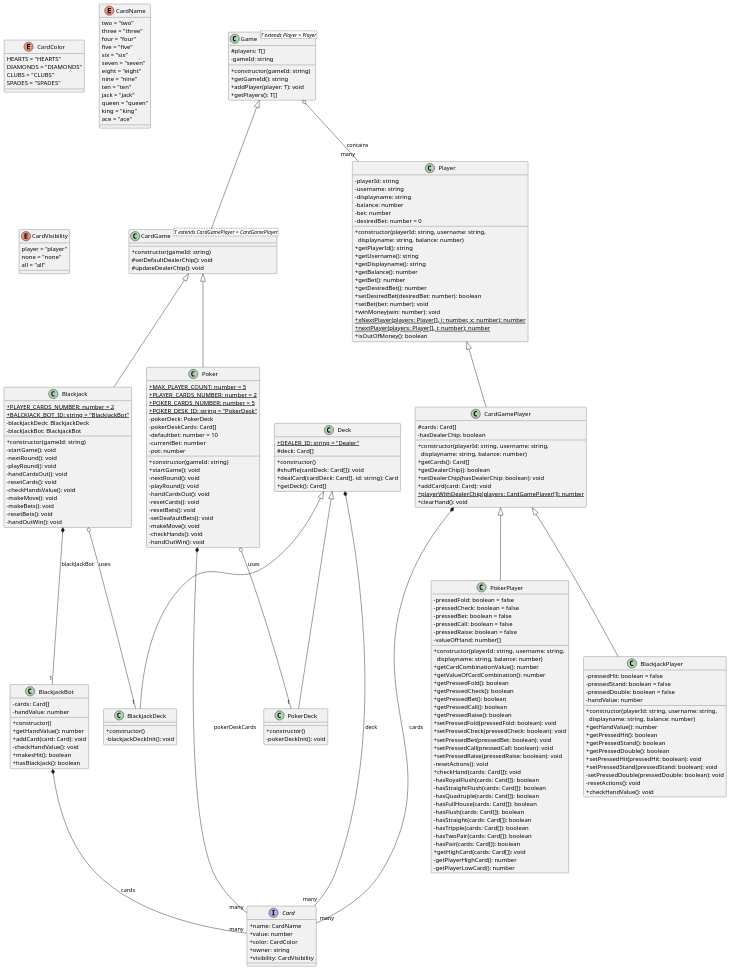
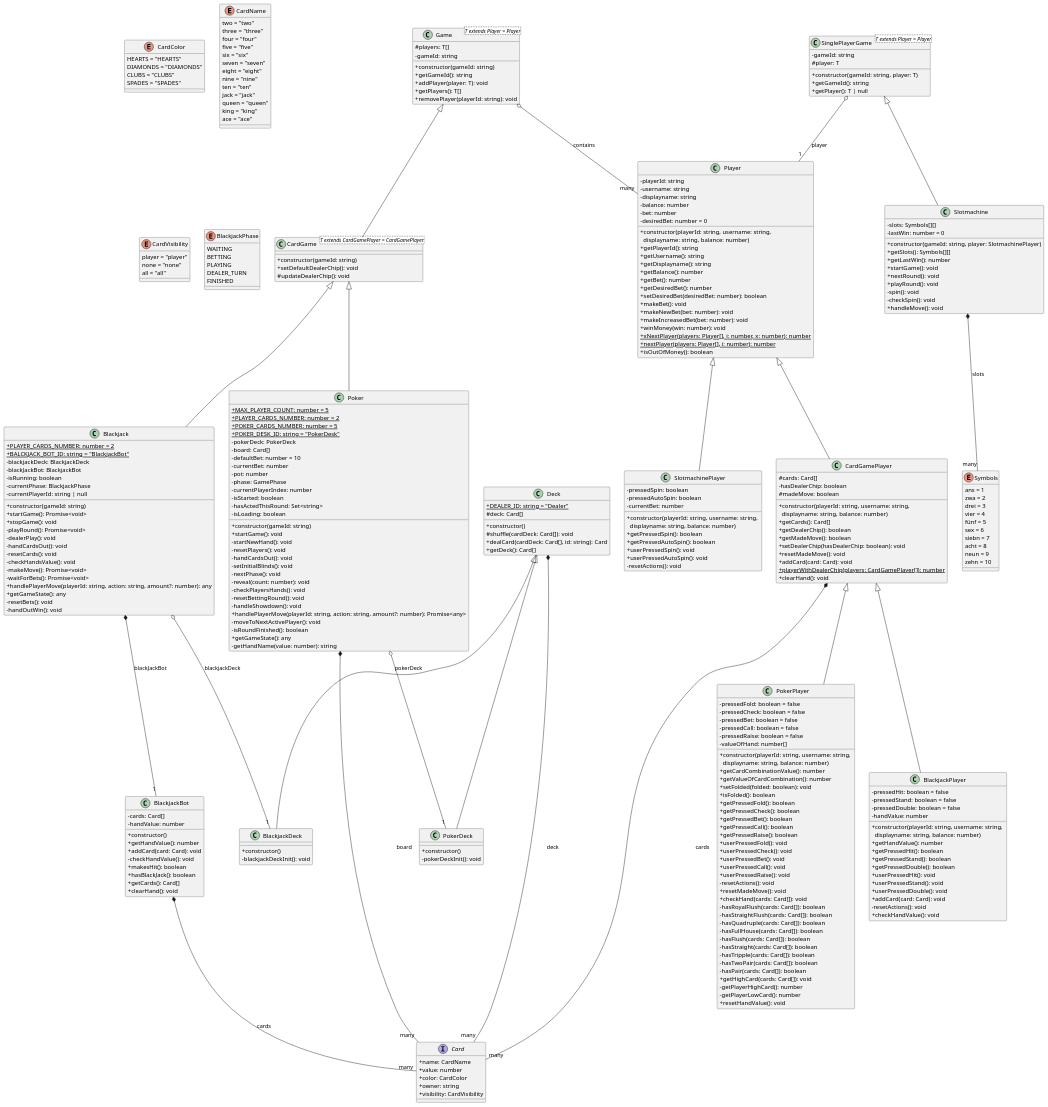
One commit to FelixZannantoni/OnlineCasino changed the diagram in backend/src/gameLogic/classdiagram.puml. Above: the diagram before and after it, drawn with PlantUML. The commit also changed 1 other file, not shown here.

Commit message:
updated classdiagram

```diff
--- a/backend/src/gameLogic/classdiagram.puml
+++ b/backend/src/gameLogic/classdiagram.puml
@@ -39,6 +39,27 @@
   all = "all"
 }
 
+enum Symbols {
+    ans = 1
+    zwa = 2
+    drei = 3
+    vier = 4
+    fünf = 5
+    sex = 6
+    siebn = 7
+    acht = 8
+    neun = 9
+    zehn = 10
+}
+
+enum BlackjackPhase {
+    WAITING
+    BETTING
+    PLAYING
+    DEALER_TURN
+    FINISHED
+}
+
 ' Classes
 class Game<T extends Player = Player> {
   #players: T[]
@@ -47,11 +68,20 @@
   +getGameId(): string
   +addPlayer(player: T): void
   +getPlayers(): T[]
+  +removePlayer(playerId: string): void
+}
+
+class SinglePlayerGame<T extends Player = Player> {
+    -gameId: string
+    #player: T
+    +constructor(gameId: string, player: T)
+    +getGameId(): string
+    +getPlayer(): T | null
 }
 
 class CardGame<T extends CardGamePlayer = CardGamePlayer> {
   +constructor(gameId: string)
-  #setDefaultDealerChip(): void
+  +setDefaultDealerChip(): void
   #updateDealerChip(): void
 }
 
@@ -61,21 +91,31 @@
   {static} +POKER_CARDS_NUMBER: number = 5
   {static} +POKER_DESK_ID: string = "PokerDesk"
   -pokerDeck: PokerDeck
-  -pokerDeskCards: Card[]
-  -defaultbet: number = 10
+  -board: Card[]
+  -defaultBet: number = 10
   -currentBet: number
   -pot: number
+  -phase: GamePhase
+  -currentPlayerIndex: number
+  -isStarted: boolean
+  -hasActedThisRound: Set<string>
+  -isLoading: boolean
   +constructor(gameId: string)
   +startGame(): void
-  -nextRound(): void
-  -playRound(): void
+  -startNewHand(): void
+  -resetPlayers(): void
   -handCardsOut(): void
-  -resetCards(): void
-  -resetBets(): void
-  -setDeafaultBets(): void
-  -makeMove(): void
-  -checkHands(): void
-  -handOutWin(): void
+  -setInitialBlinds(): void
+  -nextPhase(): void
+  -reveal(count: number): void
+  -checkPlayersHands(): void
+  -resetBettingRound(): void
+  -handleShowdown(): void
+  +handlePlayerMove(playerId: string, action: string, amount?: number): Promise<any>
+  -moveToNextActivePlayer(): void
+  -isRoundFinished(): boolean
+  +getGameState(): any
+  -getHandName(value: number): string
 }
 
 class Blackjack {
@@ -83,17 +123,37 @@
   {static} +BALCKJACK_BOT_ID: string = "BlackjackBot"
   -blackjackDeck: BlackjackDeck
   -blackJackBot: BlackjackBot
+  -isRunning: boolean
+  -currentPhase: BlackjackPhase
+  -currentPlayerId: string | null
   +constructor(gameId: string)
-  -startGame(): void
-  -nextRound(): void
-  -playRound(): void
+  +startGame(): Promise<void>
+  +stopGame(): void
+  -playRound(): Promise<void>
+  -dealerPlay(): void
   -handCardsOut(): void
   -resetCards(): void
   -checkHandsValue(): void
-  -makeMove(): void
-  -makeBets(): void
+  -makeMove(): Promise<void>
+  -waitForBets(): Promise<void>
+  +handlePlayerMove(playerId: string, action: string, amount?: number): any
+  +getGameState(): any
   -resetBets(): void
   -handOutWin(): void
+}
+
+class Slotmachine {
+    -slots: Symbols[][]
+    -lastWin: number = 0
+    +constructor(gameId: string, player: SlotmachinePlayer)
+    +getSlots(): Symbols[][]
+    +getLastWin(): number
+    +startGame(): void
+    +nextRound(): void
+    +playRound(): void
+    -spin(): void
+    -checkSpin(): void
+    +handleMove(): void
 }
 
 class BlackjackBot {
@@ -105,6 +165,8 @@
   -checkHandValue(): void
   +makesHit(): boolean
   +hasBlackJack(): boolean
+  +getCards(): Card[]
+  +clearHand(): void
 }
 
 class Player {
@@ -122,7 +184,9 @@
   +getBet(): number
   +getDesiredBet(): number
   +setDesiredBet(desiredBet: number): boolean
-  +setBet(bet: number): void
+  +makeBet(): void
+  +makeNewBet(bet: number): void
+  +makeIncreasedBet(bet: number): void
   +winMoney(win: number): void
   {static} +xNextPlayer(players: Player[], i: number, x: number): number
   {static} +nextPlayer(players: Player[], i: number): number
@@ -132,10 +196,13 @@
 class CardGamePlayer {
   #cards: Card[]
   -hasDealerChip: boolean
+  #madeMove: boolean
   +constructor(playerId: string, username: string, \n  displayname: string, balance: number)
   +getCards(): Card[]
   +getDealerChip(): boolean
+  +getMadeMove(): boolean
   +setDealerChip(hasDealerChip: boolean): void
+  +resetMadeMove(): void
   +addCard(card: Card): void
   {static} +playerWithDealerChip(players: CardGamePlayer[]): number
   +clearHand(): void
@@ -151,17 +218,20 @@
   +constructor(playerId: string, username: string, \n  displayname: string, balance: number)
   +getCardCombinationValue(): number
   +getValueOfCardCombination(): number
+  +setFolded(folded: boolean): void
+  +isFolded(): boolean
   +getPressedFold(): boolean
   +getPressedCheck(): boolean
   +getPressedBet(): boolean
   +getPressedCall(): boolean
   +getPressedRaise(): boolean
-  +setPressedFold(pressedFold: boolean): void
-  +setPressedCheck(pressedCheck: boolean): void
-  +setPressedBet(pressedBet: boolean): void
-  +setPressedCall(pressedCall: boolean): void
-  +setPressedRaise(pressedRaise: boolean): void
+  +userPressedFold(): void
+  +userPressedCheck(): void
+  +userPressedBet(): void
+  +userPressedCall(): void
+  +userPressedRaise(): void
   -resetActions(): void
+  +resetMadeMove(): void
   +checkHand(cards: Card[]): void
   -hasRoyalFlush(cards: Card[]): boolean
   -hasStraightFlush(cards: Card[]): boolean
@@ -175,6 +245,7 @@
   +getHighCard(cards: Card[]): void
   -getPlayerHighCard(): number
   -getPlayerLowCard(): number
+  +resetHandValue(): void
 }
 
 class BlackjackPlayer {
@@ -187,11 +258,24 @@
   +getPressedHit(): boolean
   +getPressedStand(): boolean
   +getPressedDouble(): boolean
-  +setPressedHit(pressedHit: boolean): void
-  +setPressedStand(pressedStand: boolean): void
-  -setPressedDouble(pressedDouble: boolean): void
+  +userPressedHit(): void
+  +userPressedStand(): void
+  +userPressedDouble(): void
+  +addCard(card: Card): void
   -resetActions(): void
   +checkHandValue(): void
+}
+
+class SlotmachinePlayer {
+    -pressedSpin: boolean
+    -pressedAutoSpin: boolean
+    -currentBet: number
+    +constructor(playerId: string, username: string, \n  displayname: string, balance: number)
+    +getPressedSpin(): boolean
+    +getPressedAutoSpin(): boolean
+    +userPressedSpin(): void
+    +userPressedAutoSpin(): void
+    -resetActions(): void
 }
 
 class Deck {
@@ -215,22 +299,26 @@
 
 ' Inheritance
 Game <|-- CardGame
+SinglePlayerGame <|-- Slotmachine
 CardGame <|-- Poker
 CardGame <|-- Blackjack
 Deck <|-- BlackjackDeck
 Deck <|-- PokerDeck
 Player <|-- CardGamePlayer
+Player <|-- SlotmachinePlayer
 CardGamePlayer <|-- PokerPlayer
 CardGamePlayer <|-- BlackjackPlayer
 
 ' Associations
 Game o-- "many" Player : contains
-Poker *-- "many" Card : pokerDeskCards
+SinglePlayerGame o-- "1" Player : player
+Poker *-- "many" Card : board
 CardGamePlayer *-- "many" Card : cards
 Deck *-- "many" Card : deck
-Poker o-- "1" PokerDeck : uses
-Blackjack o-- "1" BlackjackDeck : uses
+Poker o-- "1" PokerDeck : pokerDeck
+Blackjack o-- "1" BlackjackDeck : blackjackDeck
 Blackjack *-- "1" BlackjackBot : blackJackBot
 BlackjackBot *-- "many" Card : cards
+Slotmachine *-- "many" Symbols : slots
 
 @enduml
```
